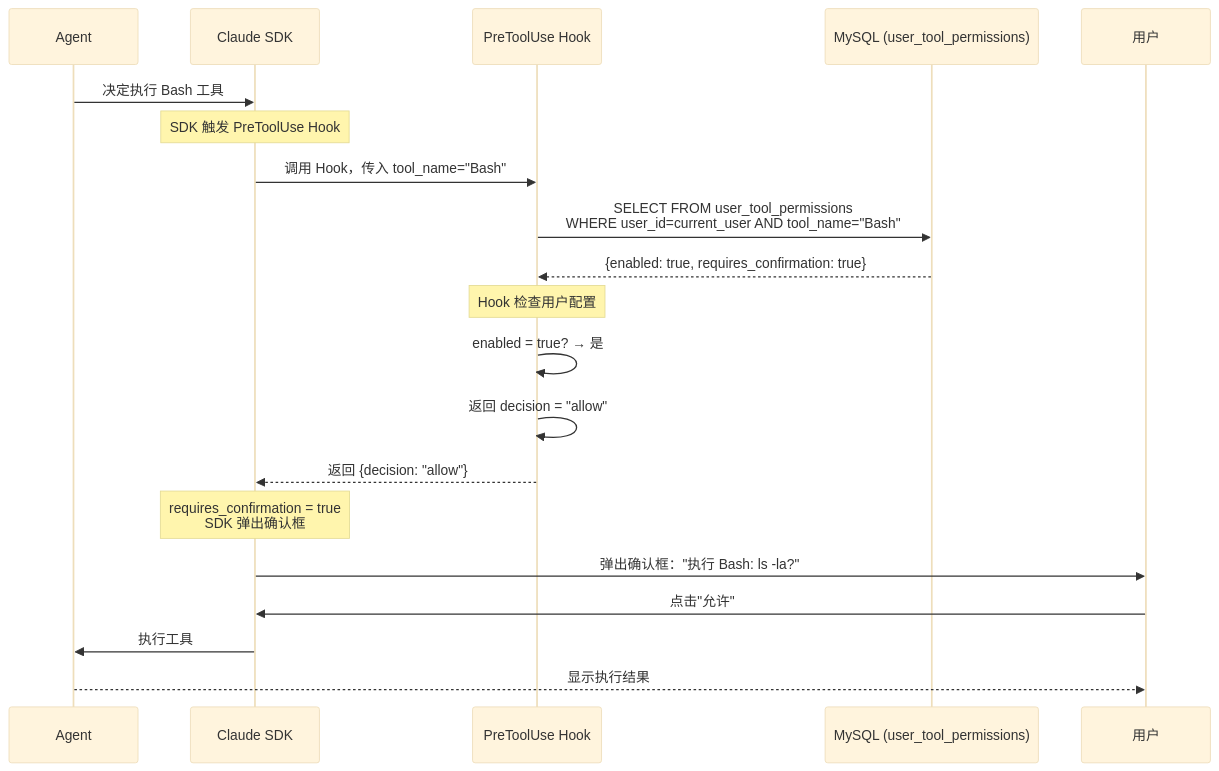
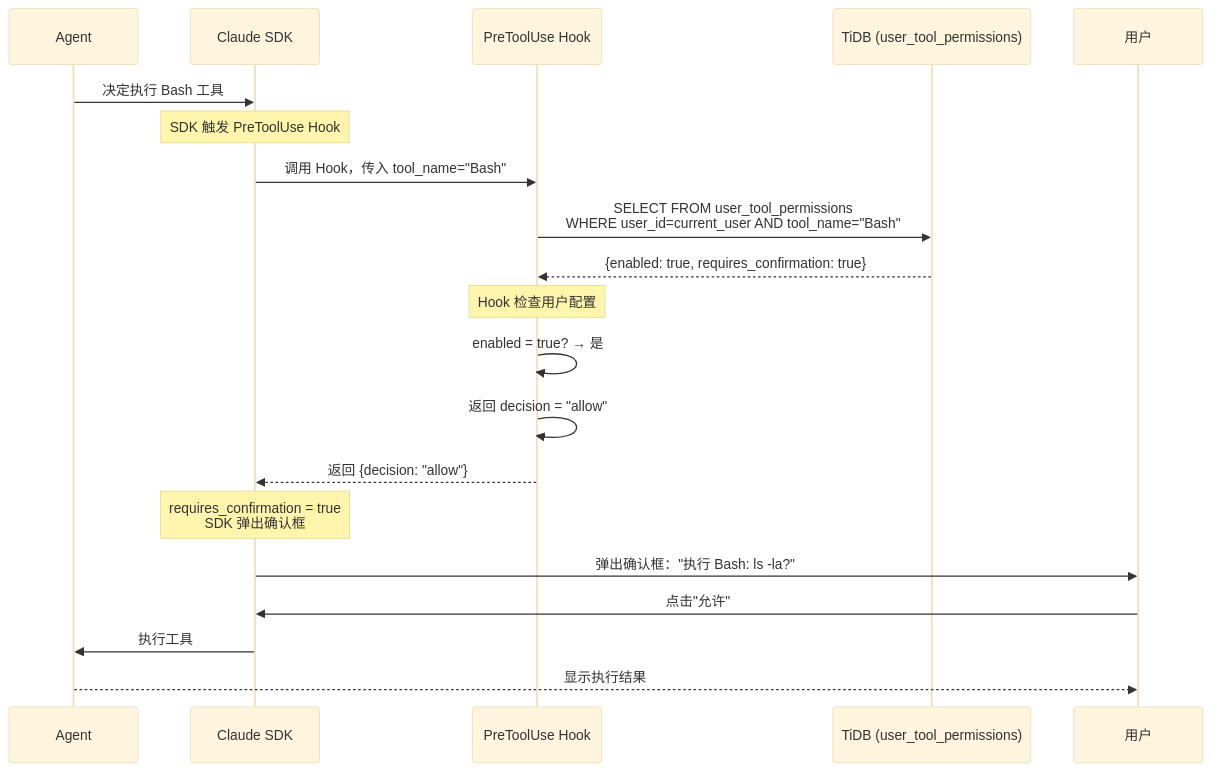
Diagram 23 of 27 in agent/agent_project_design_1.md (xiaocaipi/mm-doc), drawn with Mermaid (base theme) before and after one commit. The commit also changed other lines of this file, not shown here.

````diff
--- a/agent/agent_project_design_1.md
+++ b/agent/agent_project_design_1.md
@@ -1331,33 +1331,33 @@
 ```mermaid
 sequenceDiagram
     participant Agent as Agent
     participant SDK as Claude SDK
     participant Hook as PreToolUse Hook
-    participant DB as MySQL (user_tool_permissions)
+    participant DB as TiDB (user_tool_permissions)
     participant User as 用户
 
     Agent->>SDK: 决定执行 Bash 工具
     
     Note over SDK: SDK 触发 PreToolUse Hook
     
     SDK->>Hook: 调用 Hook，传入 tool_name="Bash"
     
     Hook->>DB: SELECT FROM user_tool_permissions<br/>WHERE user_id=current_user AND tool_name="Bash"
     DB-->>Hook: {enabled: true, requires_confirmation: true}
     
     Note over Hook: Hook 检查用户配置
     
     Hook->>Hook: enabled = true? → 是
     Hook->>Hook: 返回 decision = "allow"
     
     Hook-->>SDK: 返回 {decision: "allow"}
     
     Note over SDK: requires_confirmation = true<br/>SDK 弹出确认框
     
     SDK->>User: 弹出确认框："执行 Bash: ls -la?"
     User->>SDK: 点击"允许"
     
     SDK->>Agent: 执行工具
     
     Agent-->>User: 显示执行结果
 ```
````
